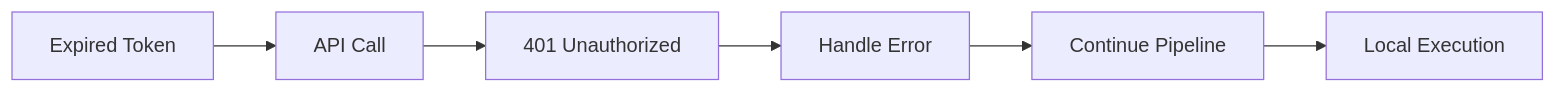
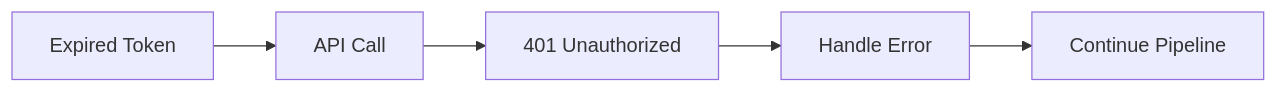
The first of 5 diagrams in examples/api_pipeline/16_expired_token/README.md (wisrovi/wpipe), drawn with Mermaid before and after one commit. The commit also changed other lines of this file and 20 other files, not shown here.

First line of the commit message:
Simplify Mermaid diagrams for better rendering

````diff
--- a/examples/api_pipeline/16_expired_token/README.md
+++ b/examples/api_pipeline/16_expired_token/README.md
@@ -15,8 +15,7 @@
 ```mermaid
 graph LR
     A[Expired Token] --> B[API Call]
     B --> C[401 Unauthorized]
     C --> D[Handle Error]
     D --> E[Continue Pipeline]
-    E --> F[Local Execution]
 ```
````
